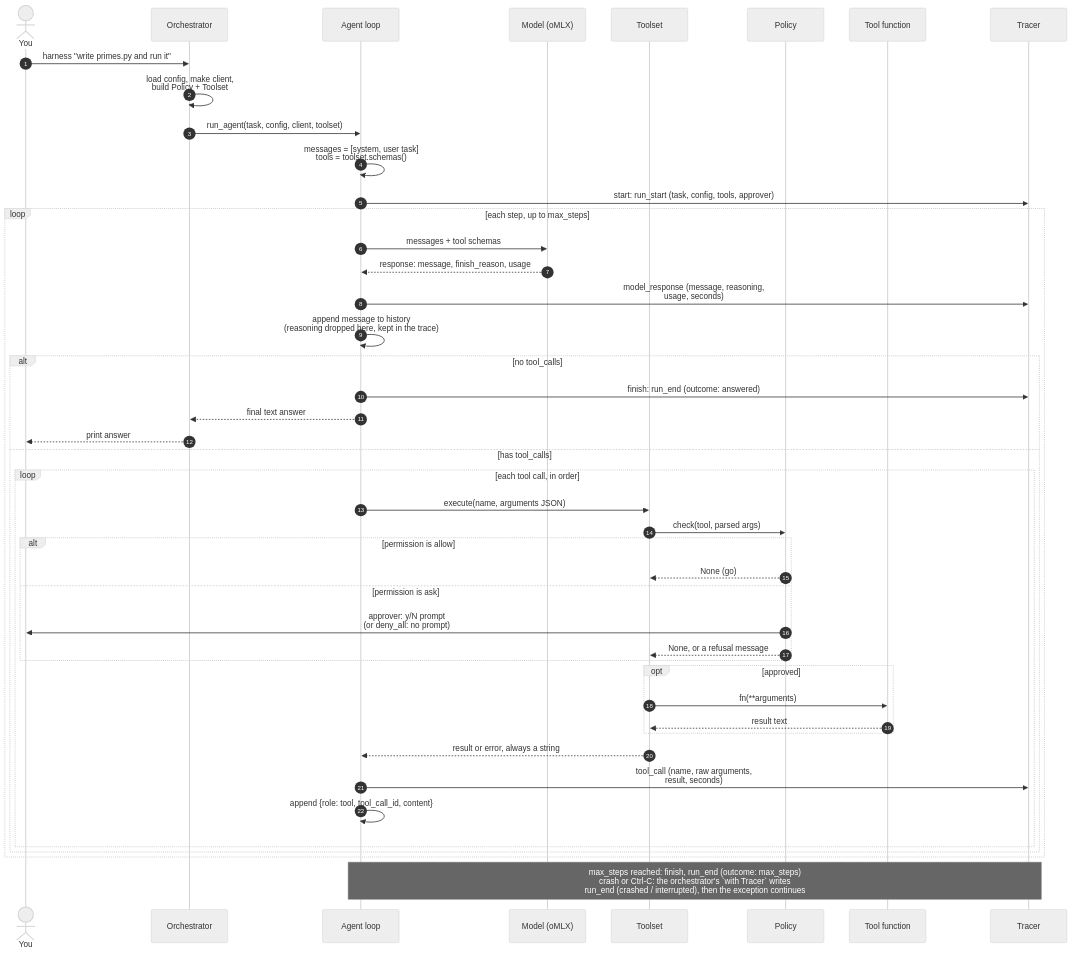
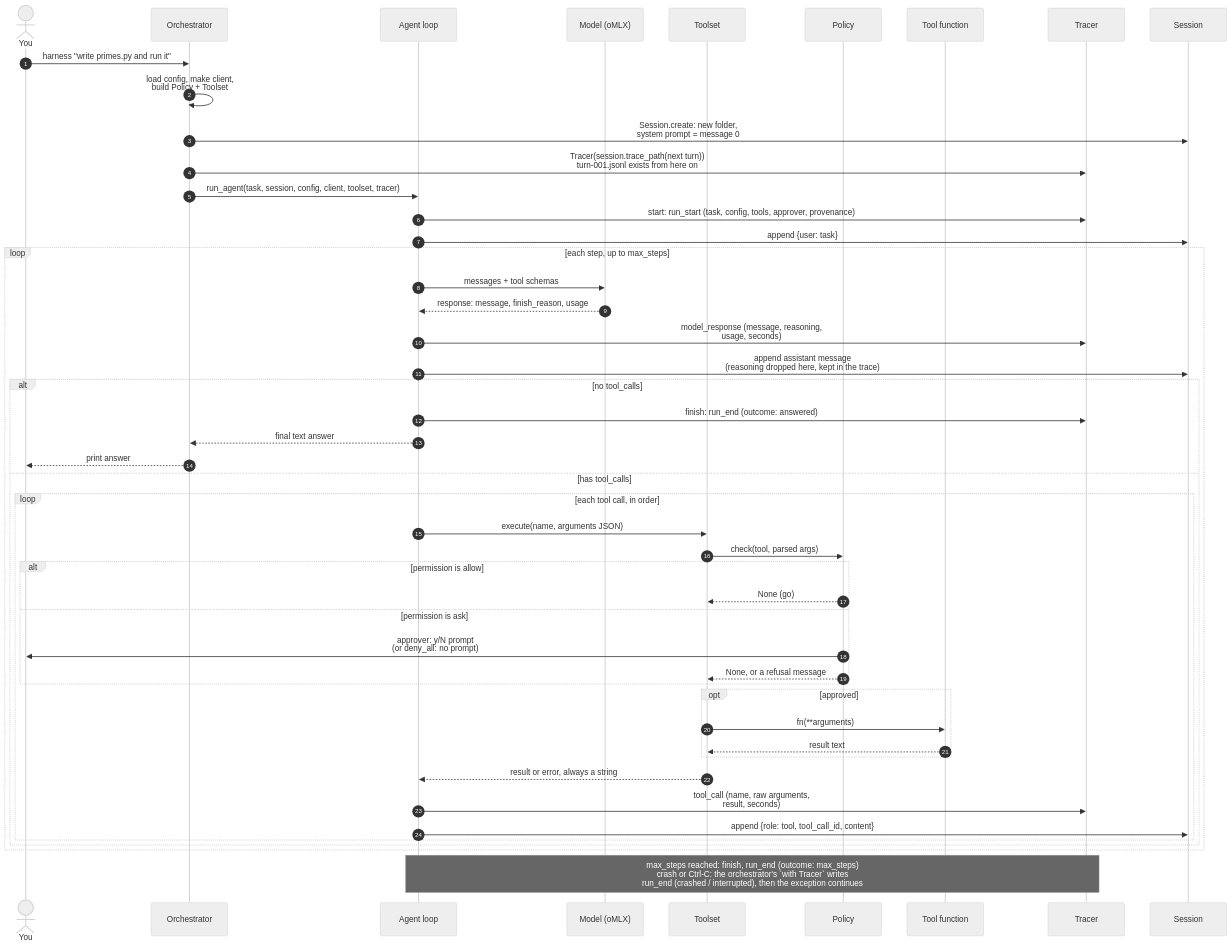
Before and after one commit to adgnvtefc/orchestra: the second of 4 diagrams in visual_representation.md, drawn with Mermaid (neutral theme). The commit also changed other lines of this file and 12 other files, not shown here.

````diff
--- a/visual_representation.md
+++ b/visual_representation.md
@@ -64,49 +67,52 @@
 ```mermaid
 sequenceDiagram
     autonumber
     actor You
     participant O as Orchestrator
     participant A as Agent loop
     participant M as Model (oMLX)
     participant T as Toolset
     participant P as Policy
     participant F as Tool function
     participant R as Tracer
+    participant S as Session
 
     You->>O: harness "write primes.py and run it"
     O->>O: load config, make client,<br/>build Policy + Toolset
-    O->>A: run_agent(task, config, client, toolset)
-    A->>A: messages = [system, user task]<br/>tools = toolset.schemas()
-    A->>R: start: run_start (task, config, tools, approver)
+    O->>S: Session.create: new folder,<br/>system prompt = message 0
+    O->>R: Tracer(session.trace_path(next turn))<br/>turn-001.jsonl exists from here on
+    O->>A: run_agent(task, session, config, client, toolset, tracer)
+    A->>R: start: run_start (task, config, tools, approver, provenance)
+    A->>S: append {user: task}
 
     loop each step, up to max_steps
         A->>M: messages + tool schemas
         M-->>A: response: message, finish_reason, usage
         A->>R: model_response (message, reasoning,<br/>usage, seconds)
-        A->>A: append message to history<br/>(reasoning dropped here, kept in the trace)
+        A->>S: append assistant message<br/>(reasoning dropped here, kept in the trace)
         alt no tool_calls
             A->>R: finish: run_end (outcome: answered)
             A-->>O: final text answer
             O-->>You: print answer
         else has tool_calls
             loop each tool call, in order
                 A->>T: execute(name, arguments JSON)
                 T->>P: check(tool, parsed args)
                 alt permission is allow
                     P-->>T: None (go)
                 else permission is ask
                     P->>You: approver: y/N prompt<br/>(or deny_all: no prompt)
                     P-->>T: None, or a refusal message
                 end
                 opt approved
                     T->>F: fn(**arguments)
                     F-->>T: result text
                 end
                 T-->>A: result or error, always a string
                 A->>R: tool_call (name, raw arguments,<br/>result, seconds)
-                A->>A: append {role: tool, tool_call_id, content}
+                A->>S: append {role: tool, tool_call_id, content}
             end
         end
     end
     Note over A,R: max_steps reached: finish, run_end (outcome: max_steps)<br/>crash or Ctrl-C: the orchestrator's `with Tracer` writes<br/>run_end (crashed / interrupted), then the exception continues
 ```
````
